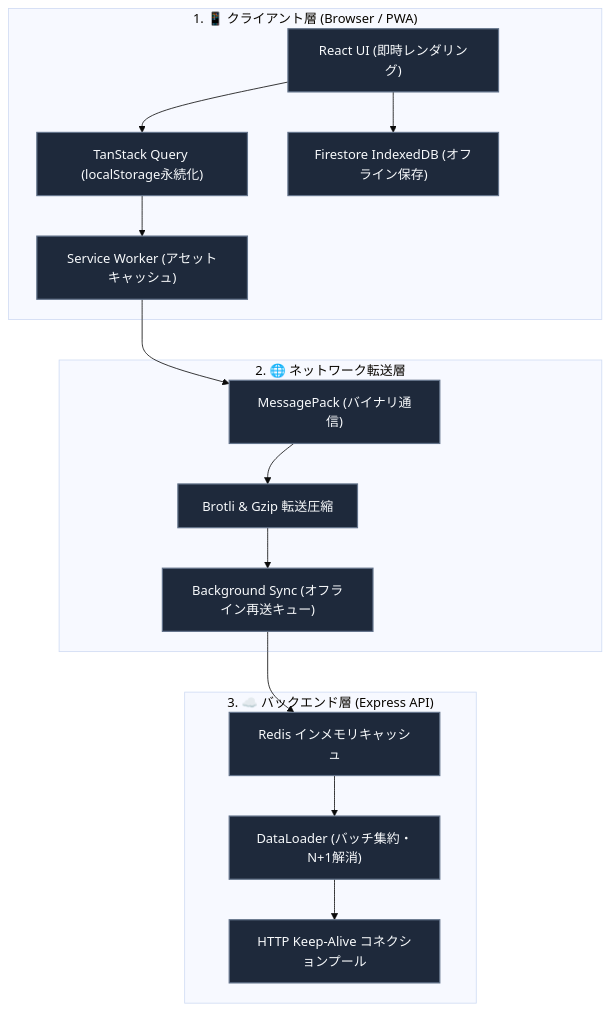
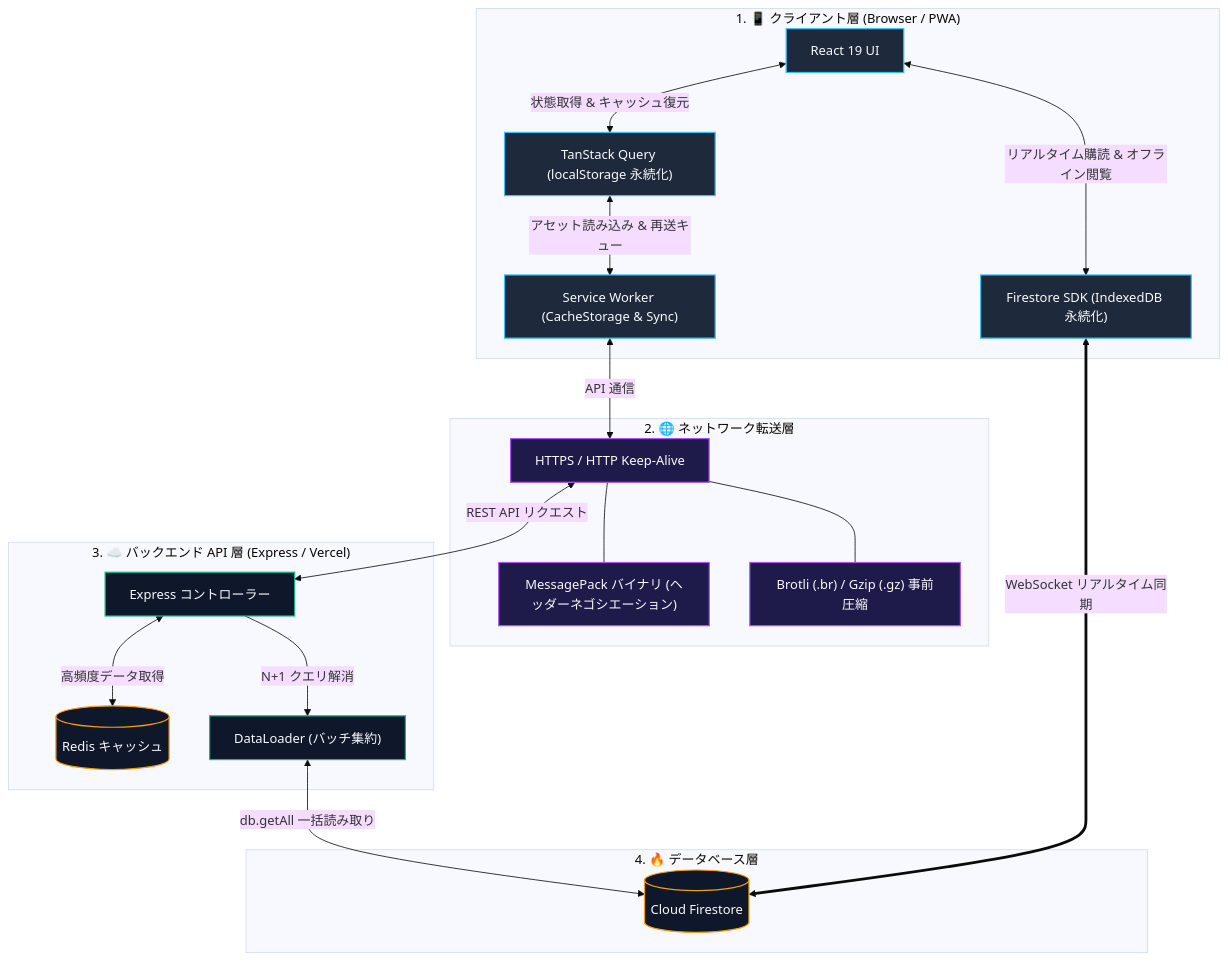
The diagram in docs/ja/network-performance-optimization.md (ScriptureHabit/scripture-habit), drawn with Mermaid (base theme) before and after one commit. The commit also changed other lines of this file and 1 other file, not shown here.

Commit message:
docs: refine network performance optimization reference in JA and EN

````diff
--- a/docs/ja/network-performance-optimization.md
+++ b/docs/ja/network-performance-optimization.md
@@ -11,38 +11,45 @@
 ```mermaid
 flowchart TD
-    classDef nodeStyle fill:#1e293b,stroke:#64748b,stroke-width:1.5px,color:#f8fafc;
+    classDef client fill:#1e293b,stroke:#38bdf8,stroke-width:1.5px,color:#f8fafc;
+    classDef network fill:#1e1b4b,stroke:#a855f7,stroke-width:1.5px,color:#f8fafc;
+    classDef server fill:#0f172a,stroke:#10b981,stroke-width:1.5px,color:#f8fafc;
+    classDef storage fill:#0f172a,stroke:#f59e0b,stroke-width:1.5px,color:#f8fafc;
 
     subgraph Client["1. 📱 クライアント層 (Browser / PWA)"]
-        UI["React UI (即時レンダリング)"]:::nodeStyle
-        TQuery["TanStack Query (localStorage永続化)"]:::nodeStyle
-        IndexedDB["Firestore IndexedDB (オフライン保存)"]:::nodeStyle
-        SW["Service Worker (アセットキャッシュ)"]:::nodeStyle
+        UI["React 19 UI"]:::client
+        TQ["TanStack Query (localStorage 永続化)"]:::client
+        SW["Service Worker (CacheStorage & Sync)"]:::client
+        FClient["Firestore SDK (IndexedDB 永続化)"]:::client
 
-        UI --> TQuery
-        UI --> IndexedDB
-        TQuery --> SW
+        UI <-->|状態取得 & キャッシュ復元| TQ
+        UI <-->|リアルタイム購読 & オフライン閲覧| FClient
+        TQ <-->|アセット読み込み & 再送キュー| SW
     end
 
     subgraph Network["2. 🌐 ネットワーク転送層"]
-        MsgPack["MessagePack (バイナリ通信)"]:::nodeStyle
-        Brotli["Brotli & Gzip 転送圧縮"]:::nodeStyle
-        BgSync["Background Sync (オフライン再送キュー)"]:::nodeStyle
+        HTTP["HTTPS / HTTP Keep-Alive"]:::network
+        MsgPack["MessagePack バイナリ (ヘッダーネゴシエーション)"]:::network
+        Compression["Brotli (.br) / Gzip (.gz) 事前圧縮"]:::network
 
-        SW --> MsgPack
-        MsgPack --> Brotli
-        Brotli --> BgSync
+        SW <-->|API 通信| HTTP
+        HTTP --- MsgPack
+        HTTP --- Compression
     end
 
-    subgraph Server["3. ☁️ バックエンド層 (Express API)"]
-        RedisCache["Redis インメモリキャッシュ"]:::nodeStyle
-        DataLoader["DataLoader (バッチ集約・N+1解消)"]:::nodeStyle
-        KeepAlive["HTTP Keep-Alive コネクションプール"]:::nodeStyle
+    subgraph Server["3. ☁️ バックエンド API 層 (Express / Vercel)"]
+        API["Express コントローラー"]:::server
+        Redis[("Redis キャッシュ")]:::storage
+        DLoader["DataLoader (バッチ集約)"]:::server
 
-        BgSync --> RedisCache
-        RedisCache --> DataLoader
-        DataLoader --> KeepAlive
+        HTTP <-->|REST API リクエスト| API
+        API <-->|高頻度データ取得| Redis
+        API -->|N+1 クエリ解消| DLoader
     end
 
-    Client ~~~ Network
-    Network ~~~ Server
+    subgraph Database["4. 🔥 データベース層"]
+        Firestore[("Cloud Firestore")]:::storage
+
+        DLoader <-->|db.getAll 一括読み取り| Firestore
+        FClient <===>|WebSocket リアルタイム同期| Firestore
+    end
 ```
````
